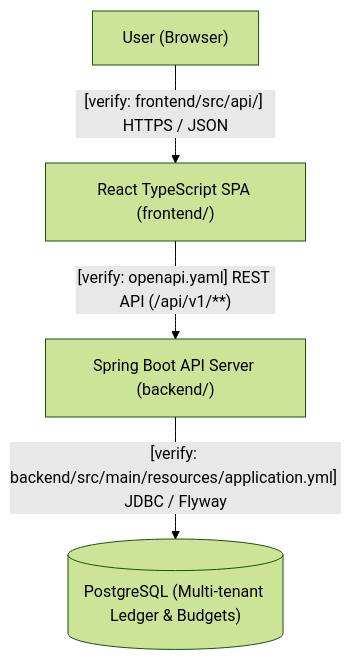
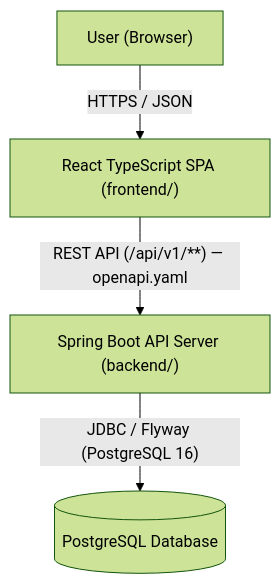
The diagram in docs/ARCHITECTURE.md (hngvu/ynabx), drawn with Mermaid (forest theme) before and after one commit. The commit also changed other lines of this file and 4 other files, not shown here.

Commit message:
feat(api): expand openapi 3.1 specification and standardize harness docs with production schema

````diff
--- a/docs/ARCHITECTURE.md
+++ b/docs/ARCHITECTURE.md
@@ -7,6 +7,6 @@
 ```mermaid
 graph TD
-    User["User (Browser)"] -->|"[verify: frontend/src/api/] HTTPS / JSON"| SPA["React TypeScript SPA (frontend/)"]
-    SPA -->|"[verify: openapi.yaml] REST API (/api/v1/**)"| API["Spring Boot API Server (backend/)"]
-    API -->|"[verify: backend/src/main/resources/application.yml] JDBC / Flyway"| DB[("PostgreSQL (Multi-tenant Ledger & Budgets)")]
+    User["User (Browser)"] -->|"HTTPS / JSON"| SPA["React TypeScript SPA (frontend/)"]
+    SPA -->|"REST API (/api/v1/**) — openapi.yaml"| API["Spring Boot API Server (backend/)"]
+    API -->|"JDBC / Flyway (PostgreSQL 16)"| DB[("PostgreSQL Database")]
 ```
````
